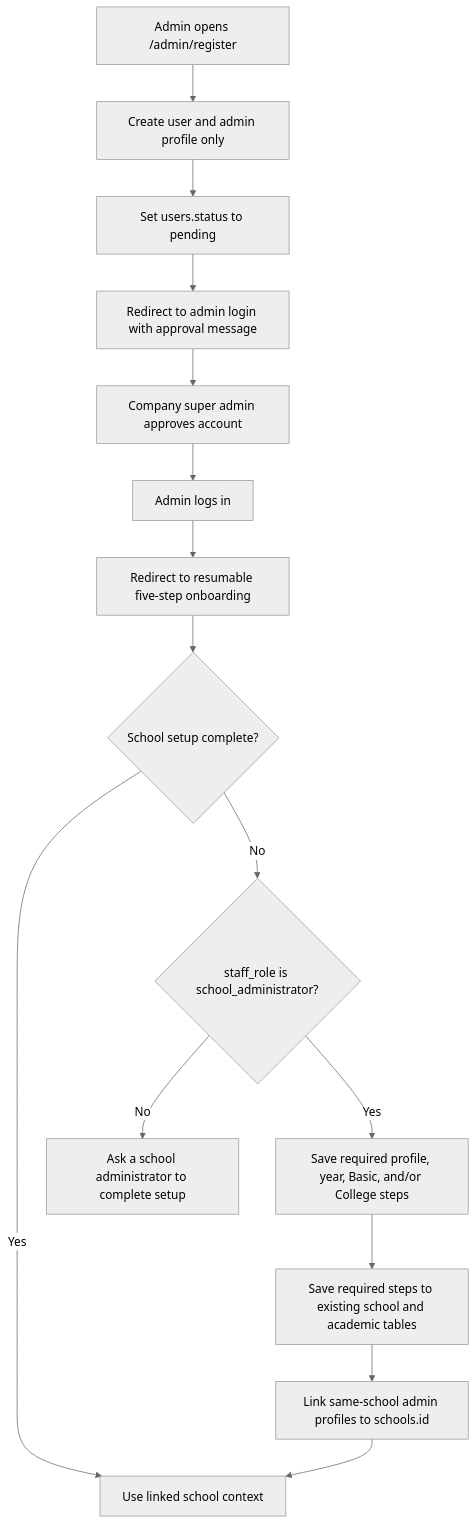
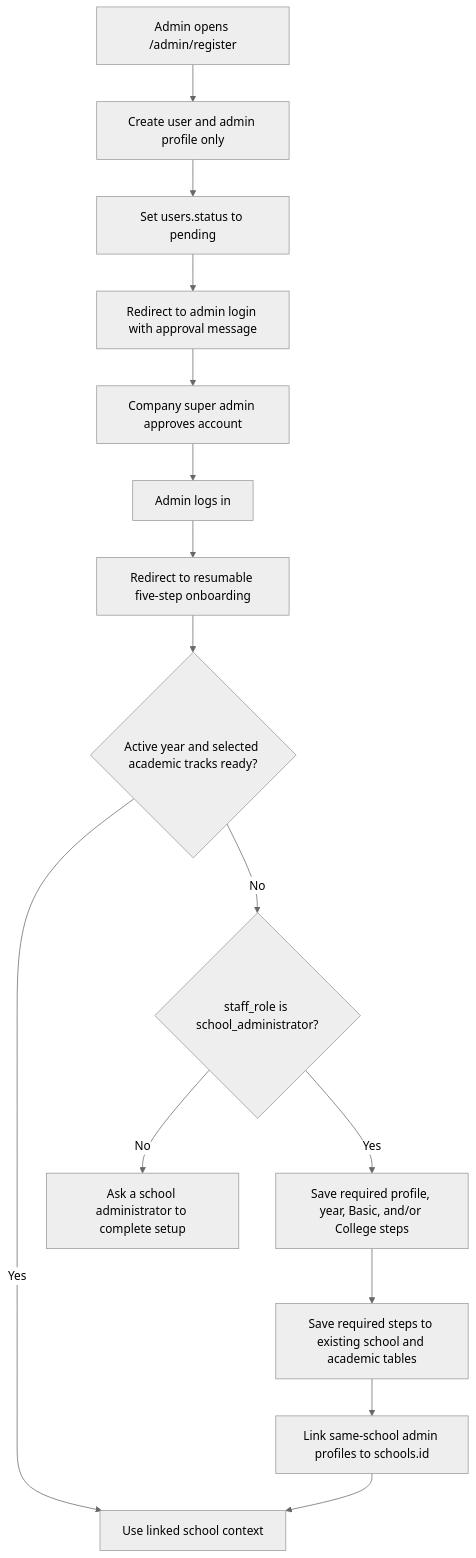
One commit to Xeyn19/xmetapay changed the second of 7 diagrams in docs/DATABASE_SCHEMA_PLAN.md. Above: the diagram before and after it, drawn with Mermaid (neutral theme). The commit also changed other lines of this file and 9 other files, not shown here.

````diff
--- a/docs/DATABASE_SCHEMA_PLAN.md
+++ b/docs/DATABASE_SCHEMA_PLAN.md
@@ -834,17 +834,17 @@
 ```mermaid
 flowchart TD
   A["Admin opens /admin/register"] --> B["Create user and admin profile only"]
   B --> C["Set users.status to pending"]
   C --> D["Redirect to admin login with approval message"]
   D --> E["Company super admin approves account"]
   E --> F["Admin logs in"]
   F --> G["Redirect to resumable five-step onboarding"]
-  G --> H{"School setup complete?"}
+  G --> H{"Active year and selected academic tracks ready?"}
   H -->|Yes| I["Use linked school context"]
   H -->|No| J{"staff_role is school_administrator?"}
   J -->|No| K["Ask a school administrator to complete setup"]
   J -->|Yes| L["Save required profile, year, Basic, and/or College steps"]
   L --> M["Save required steps to existing school and academic tables"]
   M --> N["Link same-school admin profiles to schools.id"]
   N --> I
 ```
````
